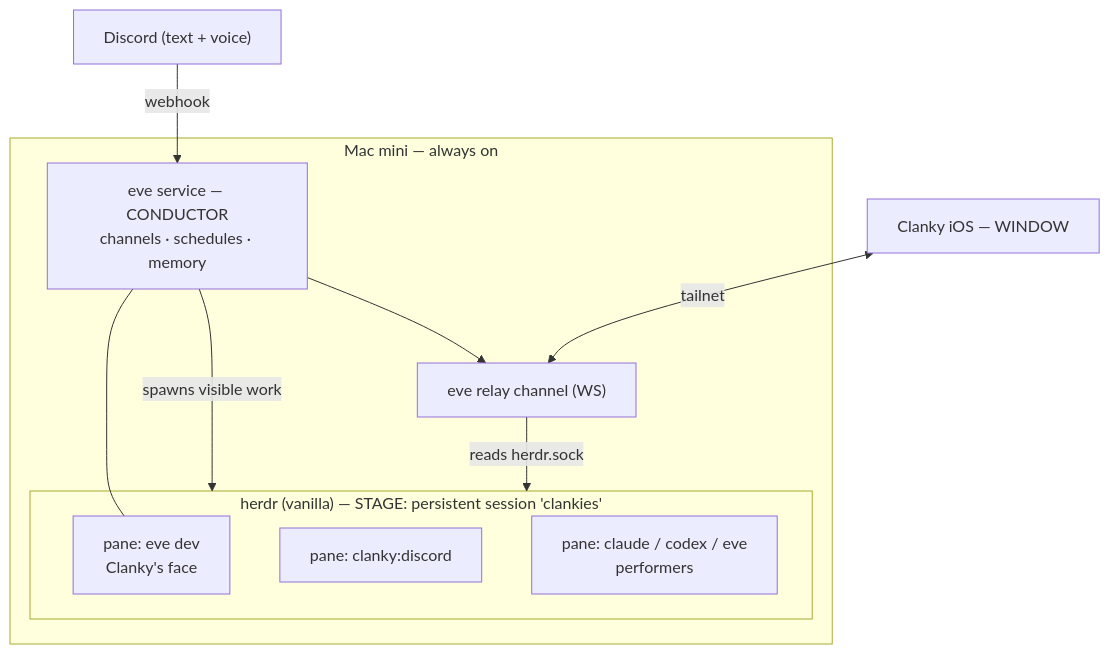
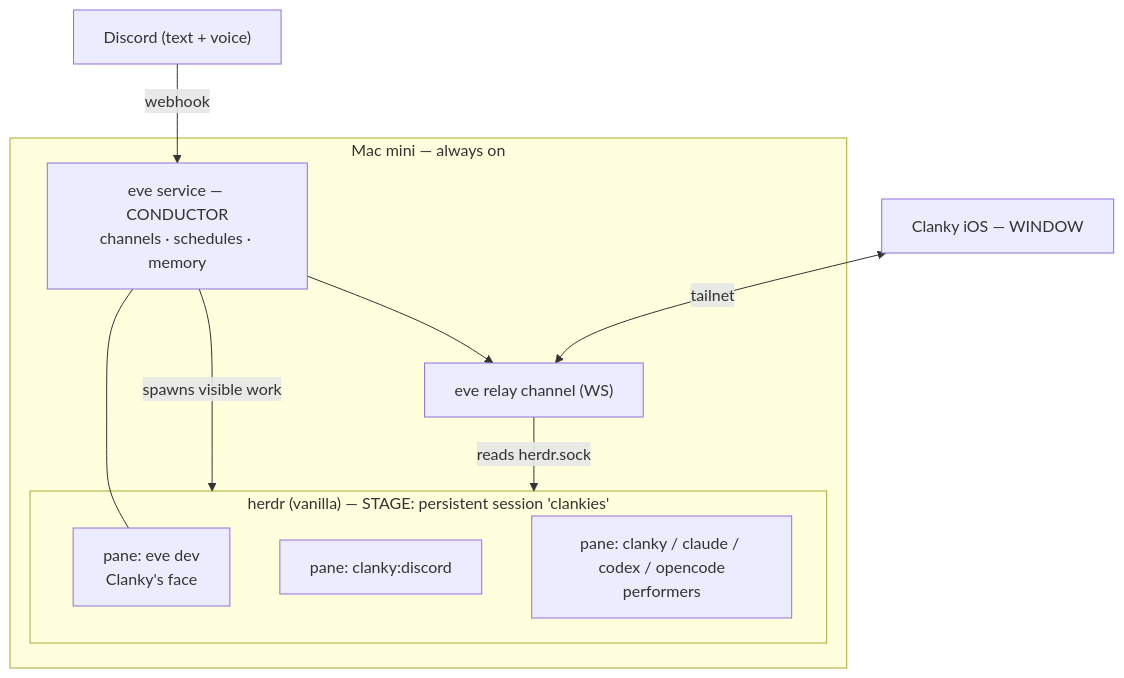
One commit to Volpestyle/clanky changed the diagram in README.md. Above: the diagram before and after it, drawn with Mermaid. The commit also changed other lines of this file and 20 other files, not shown here.

````diff
--- a/README.md
+++ b/README.md
@@ -44,21 +45,21 @@
 ```mermaid
 flowchart TB
   subgraph mac["Mac mini — always on"]
     subgraph herdr["herdr (vanilla) — STAGE: persistent session 'clankies'"]
       face["pane: eve dev<br/>Clanky's face"]
       disc["pane: clanky:discord"]
-      w1["pane: claude / codex / eve<br/>performers"]
+      w1["pane: clanky / claude / codex / opencode<br/>performers"]
     end
     eve["eve service — CONDUCTOR<br/>channels · schedules · memory"]
     relay["eve relay channel (WS)"]
   end
   phone["Clanky iOS — WINDOW"]
   discord["Discord (text + voice)"]
 
   discord -->|webhook| eve
   eve -->|spawns visible work| herdr
   eve --- face
   eve --> relay
   relay -->|reads herdr.sock| herdr
   phone <-->|tailnet| relay
 ```
````
